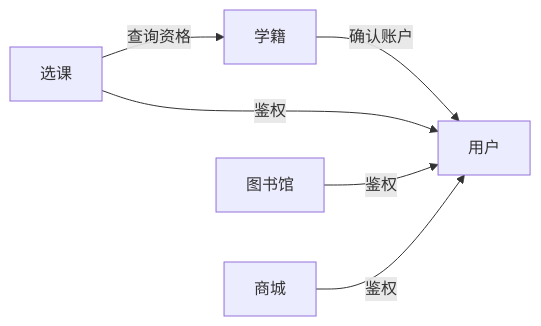
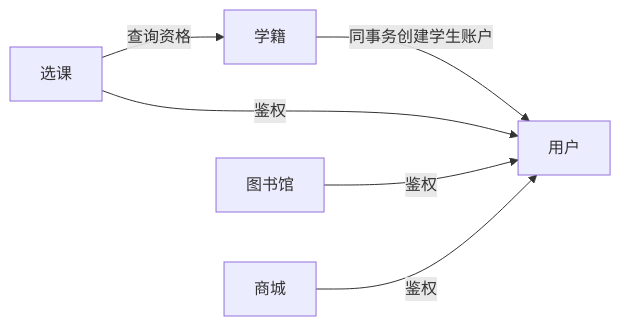
Before and after one commit to nineloong-bot/vCampus: the second of 2 diagrams in docs/superpowers/specs/2026-08-24-vcampus-overall-architecture-design.md, drawn with Mermaid. The commit also changed other lines of this file and 2 other files, not shown here.

Commit message:
docs: define student identifier provisioning

````diff
--- a/docs/superpowers/specs/2026-08-24-vcampus-overall-architecture-design.md
+++ b/docs/superpowers/specs/2026-08-24-vcampus-overall-architecture-design.md
@@ -183,8 +195,8 @@
 ```mermaid
 flowchart LR
     Course["选课"] -->|"查询资格"| Student["学籍"]
-    Student -->|"确认账户"| User["用户"]
+    Student -->|"同事务创建学生账户"| User["用户"]
     Course -->|"鉴权"| User
     Library["图书馆"] -->|"鉴权"| User
     Shop["商城"] -->|"鉴权"| User
 ```
````
